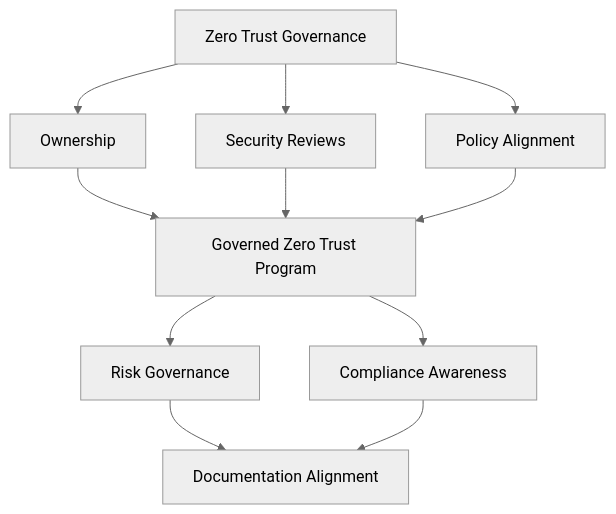
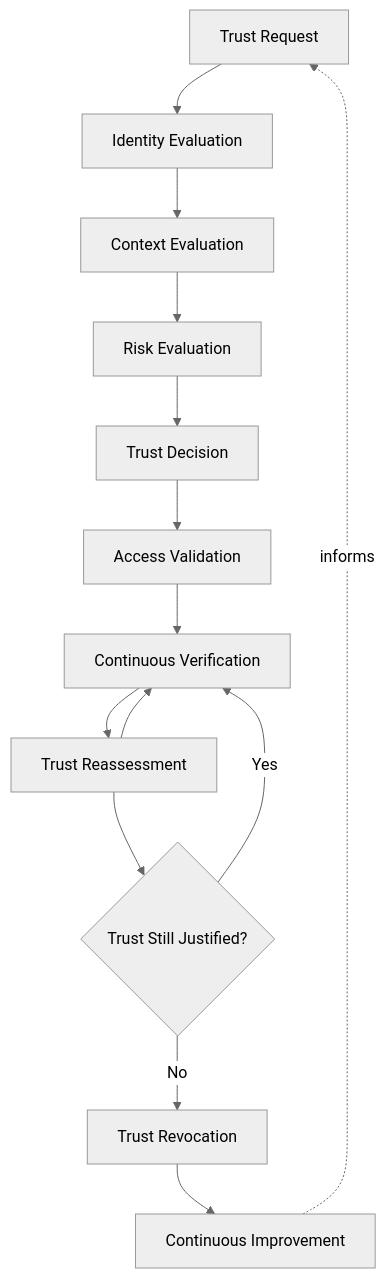
One commit to MojammelJoy/StackLeo-Tech-Store changed the fourth of 7 diagrams in 06_Security/zero-trust-strategy.md. Above: the diagram before and after it, drawn with Mermaid (neutral theme). The commit also changed other lines of this file and 37 other files, not shown here.

````diff
--- a/06_Security/zero-trust-strategy.md
+++ b/06_Security/zero-trust-strategy.md
@@ -267,13 +368,16 @@
 ```mermaid
 flowchart TD
-    Governance[Zero Trust Governance] --> Ownership[Ownership]
-    Governance --> Reviews[Security Reviews]
-    Governance --> PolicyAlign[Policy Alignment]
-    Ownership --> Managed[Governed Zero Trust Program]
-    Reviews --> Managed
-    PolicyAlign --> Managed
-    Managed --> RiskGov[Risk Governance]
-    Managed --> Compliance[Compliance Awareness]
-    RiskGov --> DocAlign[Documentation Alignment]
-    Compliance --> DocAlign
+    A[Trust Request] --> B[Identity Evaluation]
+    B --> C[Context Evaluation]
+    C --> D[Risk Evaluation]
+    D --> E[Trust Decision]
+    E --> F[Access Validation]
+    F --> G[Continuous Verification]
+    G --> H[Trust Reassessment]
+    H --> G
+    H --> I{Trust Still Justified?}
+    I -->|No| J[Trust Revocation]
+    I -->|Yes| G
+    J --> K[Continuous Improvement]
+    K -.informs.-> A
 ```
````
